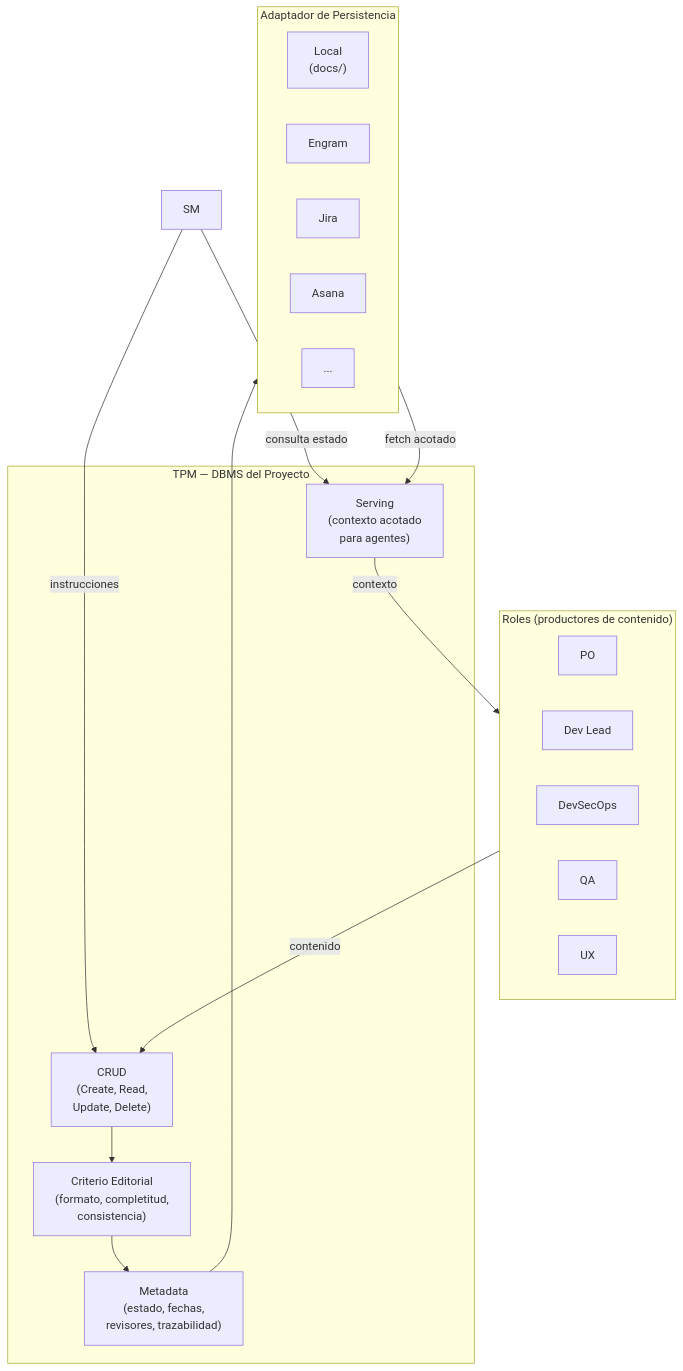
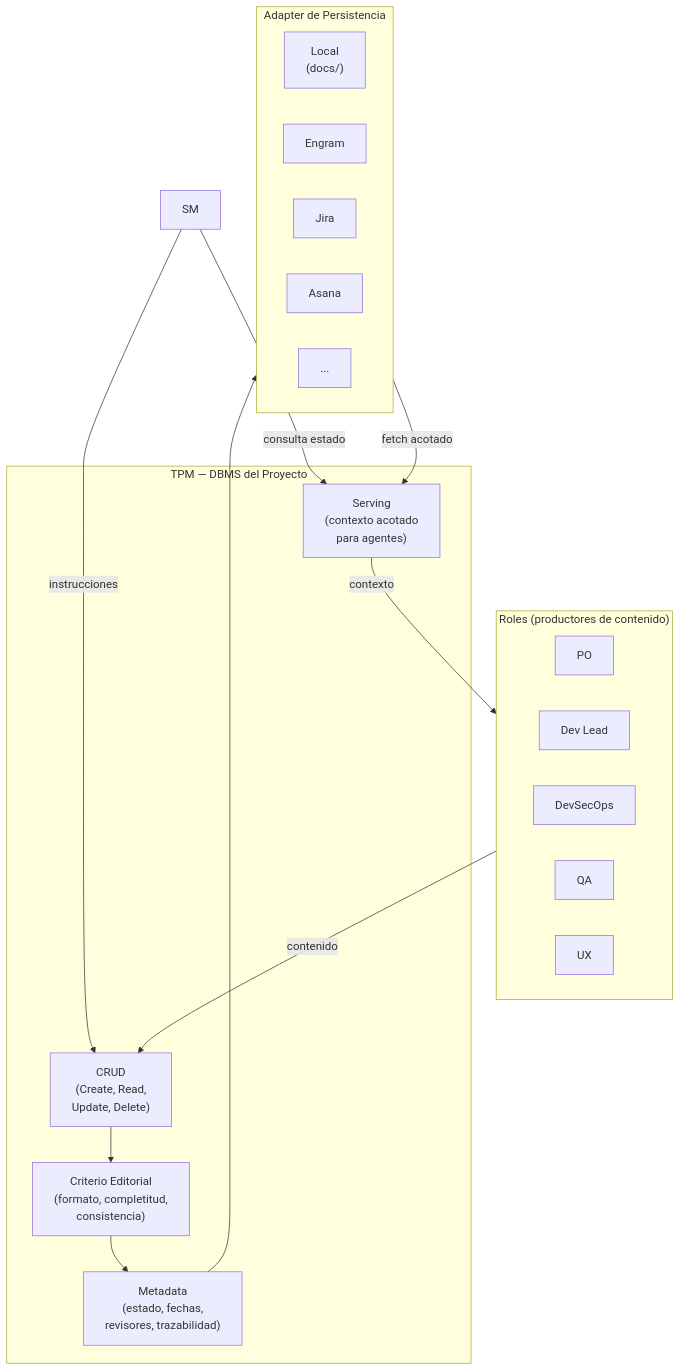
Before and after one commit to virgenherrera/idea-to-mvp: the first of 4 diagrams in docs/planning/artifacts/tpm-adapter.md, drawn with Mermaid. The commit also changed other lines of this file and 30 other files, not shown here.

````diff
--- a/docs/planning/artifacts/tpm-adapter.md
+++ b/docs/planning/artifacts/tpm-adapter.md
@@ -19,36 +19,36 @@
 ```mermaid
 flowchart TD
     subgraph ROLES["Roles (productores de contenido)"]
         PO["PO"]
         DEV["Dev Lead"]
         SEC["DevSecOps"]
         QA["QA"]
         UX["UX"]
     end
 
     subgraph TPM_LAYER["TPM — DBMS del Proyecto"]
         CRUD["CRUD\n(Create, Read,\nUpdate, Delete)"]
         EDIT["Criterio Editorial\n(formato, completitud,\nconsistencia)"]
         SERVE["Serving\n(contexto acotado\npara agentes)"]
         META["Metadata\n(estado, fechas,\nrevisores, trazabilidad)"]
     end
 
-    subgraph ADAPTER["Adaptador de Persistencia"]
+    subgraph ADAPTER["Adapter de Persistencia"]
         direction LR
         LOCAL["Local\n(docs/)"]
         ENGRAM["Engram"]
         JIRA["Jira"]
         ASANA["Asana"]
         OTHER["..."]
     end
 
     ROLES -->|"contenido"| CRUD
     CRUD --> EDIT
     EDIT --> META
     META --> ADAPTER
     ADAPTER -->|"fetch acotado"| SERVE
     SERVE -->|"contexto"| ROLES
 
     SM_EXT["SM"] -->|"instrucciones"| CRUD
     SM_EXT -->|"consulta estado"| SERVE
 ```
````
